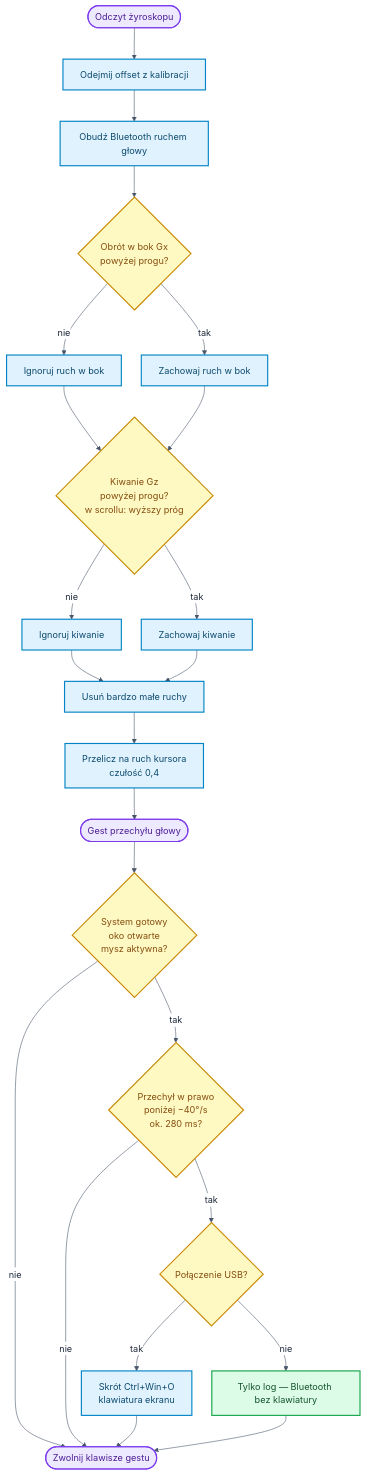
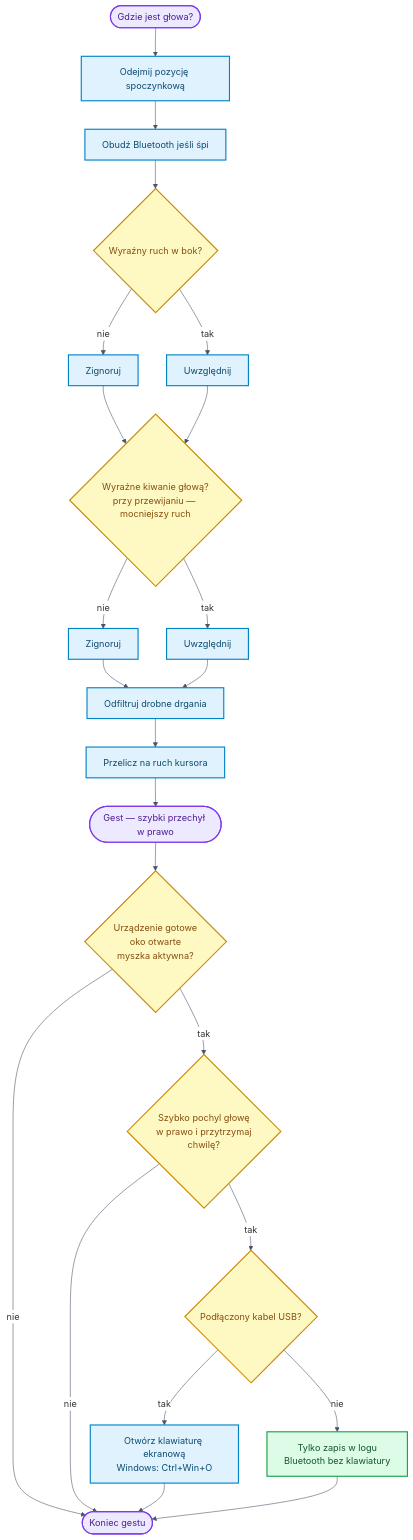
Before and after one commit to bartkadres-ai/HEFAS-4.0: the fourth of 10 diagrams in README.md, drawn with Mermaid. The commit also changed other lines of this file, not shown here.

````diff
--- a/README.md
+++ b/README.md
@@ -416,36 +418,36 @@
 ```mermaid
-%%{init: {"theme":"base","themeVariables":{"background":"#ffffff","mainBkg":"#ffffff","secondaryColor":"#ffffff","tertiaryColor":"#ffffff","primaryColor":"#ffffff","primaryTextColor":"#1e293b","secondaryTextColor":"#1e293b","tertiaryTextColor":"#1e293b","primaryBorderColor":"#64748b","lineColor":"#475569","clusterBkg":"#f8fafc","clusterBorder":"#cbd5e1","edgeLabelBackground":"#ffffff","textColor":"#1e293b"},"themeCSS":".mermaid,.mermaid svg{background-color:#ffffff!important;padding:8px}.nodeLabel,.edgeLabel,.label,.cluster-label{color:#1e293b!important}.cluster rect{fill:#f8fafc!important;stroke:#cbd5e1!important}","flowchart":{"curve":"basis","nodeSpacing":35,"rankSpacing":55}}}%%
+%%{init: { 'theme': 'default', 'themeVariables': { 'darkMode': false, 'background': '#ffffff', 'mainBkg': '#ffffff', 'primaryColor': '#ffffff', 'secondaryColor': '#ffffff', 'tertiaryColor': '#ffffff', 'primaryTextColor': '#1e293b', 'lineColor': '#475569', 'clusterBkg': '#f8fafc', 'clusterBorder': '#cbd5e1', 'edgeLabelBackground': '#ffffff', 'noteBkgColor': '#f8fafc', 'noteTextColor': '#475569' }}}%%
 flowchart TD
-    R([Odczyt żyroskopu]) --> OFF[Odejmij offset z kalibracji]
-    OFF --> BLEW[Obudź Bluetooth ruchem głowy]
-    BLEW --> PROGX{Obrót w bok Gx<br/>powyżej progu?}
-    PROGX -->|nie| GX0[Ignoruj ruch w bok]
-    PROGX -->|tak| GX1[Zachowaj ruch w bok]
+    R([Gdzie jest głowa?]) --> OFF[Odejmij pozycję spoczynkową]
+    OFF --> BLEW[Obudź Bluetooth jeśli śpi]
+    BLEW --> PROGX{Wyraźny ruch w bok?}
+    PROGX -->|nie| GX0[Zignoruj]
+    PROGX -->|tak| GX1[Uwzględnij]
     GX0 --> PROGZ
-    GX1 --> PROGZ{Kiwanie Gz<br/>powyżej progu?<br/>w scrollu: wyższy próg}
-    PROGZ -->|nie| GZ0[Ignoruj kiwanie]
-    PROGZ -->|tak| GZ1[Zachowaj kiwanie]
+    GX1 --> PROGZ{Wyraźne kiwanie głową?<br/>przy przewijaniu — mocniejszy ruch}
+    PROGZ -->|nie| GZ0[Zignoruj]
+    PROGZ -->|tak| GZ1[Uwzględnij]
     GZ0 --> MARTWA
-    GZ1 --> MARTWA[Usuń bardzo małe ruchy]
-    MARTWA --> DELTA["Przelicz na ruch kursora<br/>czułość 0,4"]
-    DELTA --> G([Gest przechyłu głowy])
+    GZ1 --> MARTWA[Odfiltruj drobne drgania]
+    MARTWA --> DELTA[Przelicz na ruch kursora]
+    DELTA --> G([Gest — szybki przechył w prawo])
 
-    G --> GOK{System gotowy<br/>oko otwarte<br/>mysz aktywna?}
-    GOK -->|nie| GKON([Zwolnij klawisze gestu])
-    GOK -->|tak| GY{Przechył w prawo<br/>poniżej −40°/s<br/>ok. 280 ms?}
-    GY -->|tak| OSK{Połączenie USB?}
-    OSK -->|tak| KBD[Skrót Ctrl+Win+O<br/>klawiatura ekranu]
-    OSK -->|nie| BLEONLY[Tylko log — Bluetooth bez klawiatury]
+    G --> GOK{Urządzenie gotowe<br/>oko otwarte<br/>myszka aktywna?}
+    GOK -->|nie| GKON([Koniec gestu])
+    GOK -->|tak| GY{Szybko pochyl głowę<br/>w prawo i przytrzymaj<br/>chwilę?}
+    GY -->|tak| OSK{Podłączony kabel USB?}
+    OSK -->|tak| KBD[Otwórz klawiaturę ekranową<br/>Windows: Ctrl+Win+O]
+    OSK -->|nie| BLEONLY[Tylko zapis w logu<br/>Bluetooth bez klawiatury]
     GY -->|nie| GKON
     KBD --> GKON
     BLEONLY --> GKON
 
     classDef startEnd fill:#ede9fe,stroke:#7c3aed,stroke-width:2px,color:#4c1d95
     classDef process fill:#e0f2fe,stroke:#0284c7,stroke-width:2px,color:#0c4a6e
     classDef decision fill:#fef9c3,stroke:#ca8a04,stroke-width:2px,color:#854d0e
     classDef io fill:#dcfce7,stroke:#16a34a,stroke-width:2px,color:#14532d
     class R,G,GKON startEnd
     class OFF,BLEW,GX0,GX1,GZ0,GZ1,MARTWA,DELTA,KBD process
     class PROGX,PROGZ,GOK,GY,OSK decision
     class BLEONLY io
 ```
````
